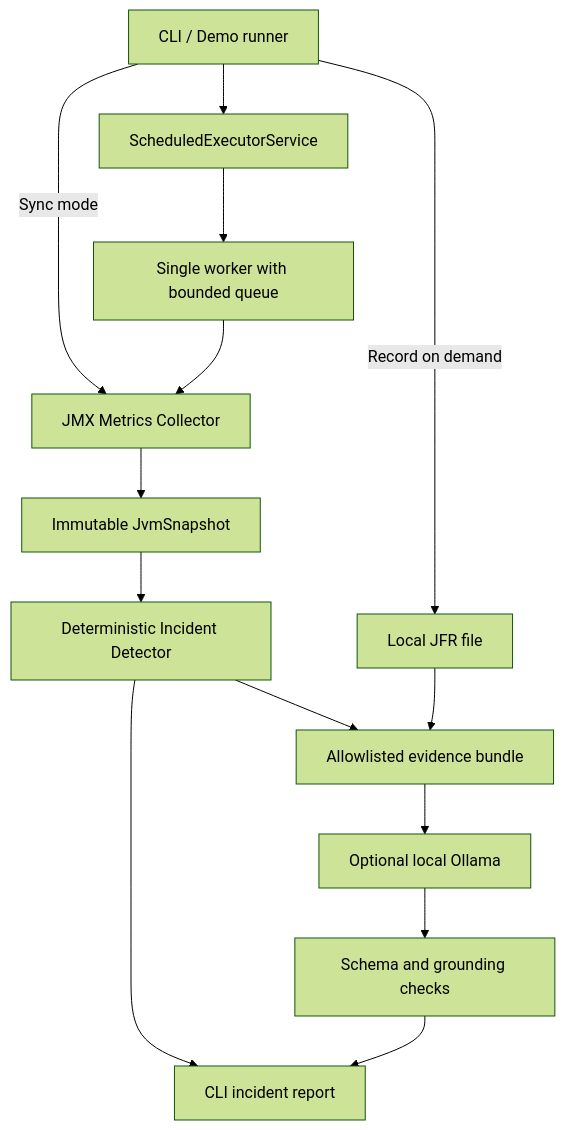
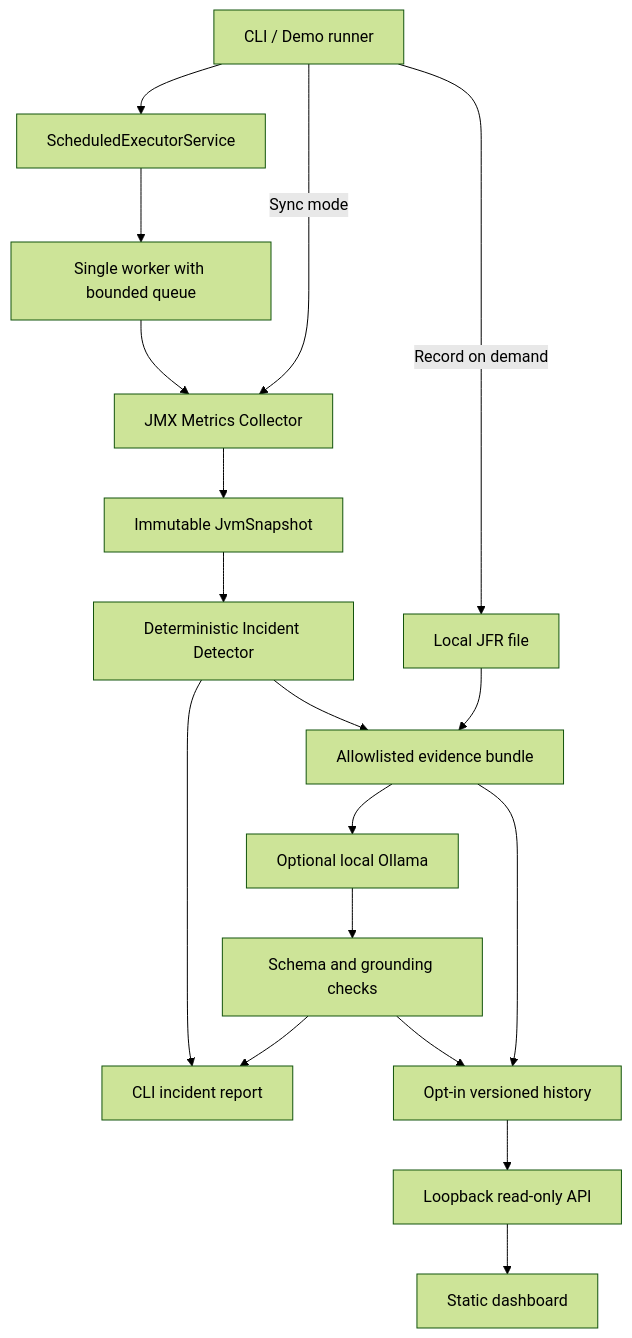
One commit to chandannitr/JVM-Sentinel-AI changed the diagram in docs/ARCHITECTURE.md. Above: the diagram before and after it, drawn with Mermaid (forest theme). The commit also changed other lines of this file and 28 other files, not shown here.

First line of the commit message:
Add persistent incident history and local dashboard

````diff
--- a/docs/ARCHITECTURE.md
+++ b/docs/ARCHITECTURE.md
@@ -5,16 +5,20 @@
 ```mermaid
 flowchart TD
     CLI[CLI / Demo runner] --> SCHED[ScheduledExecutorService]
     CLI -->|Sync mode| COL[JMX Metrics Collector]
     CLI -->|Record on demand| JFR[Local JFR file]
     SCHED --> WORK[Single worker with bounded queue]
     WORK --> COL
     COL --> SNAP[Immutable JvmSnapshot]
     SNAP --> RULE[Deterministic Incident Detector]
     RULE --> OUT[CLI incident report]
     RULE --> EVIDENCE[Allowlisted evidence bundle]
     JFR --> EVIDENCE
     EVIDENCE --> AI[Optional local Ollama]
     AI --> VALIDATE[Schema and grounding checks]
     VALIDATE --> OUT
+    EVIDENCE --> HISTORY[Opt-in versioned history]
+    VALIDATE --> HISTORY
+    HISTORY --> SERVER[Loopback read-only API]
+    SERVER --> DASH[Static dashboard]
 ```
````
